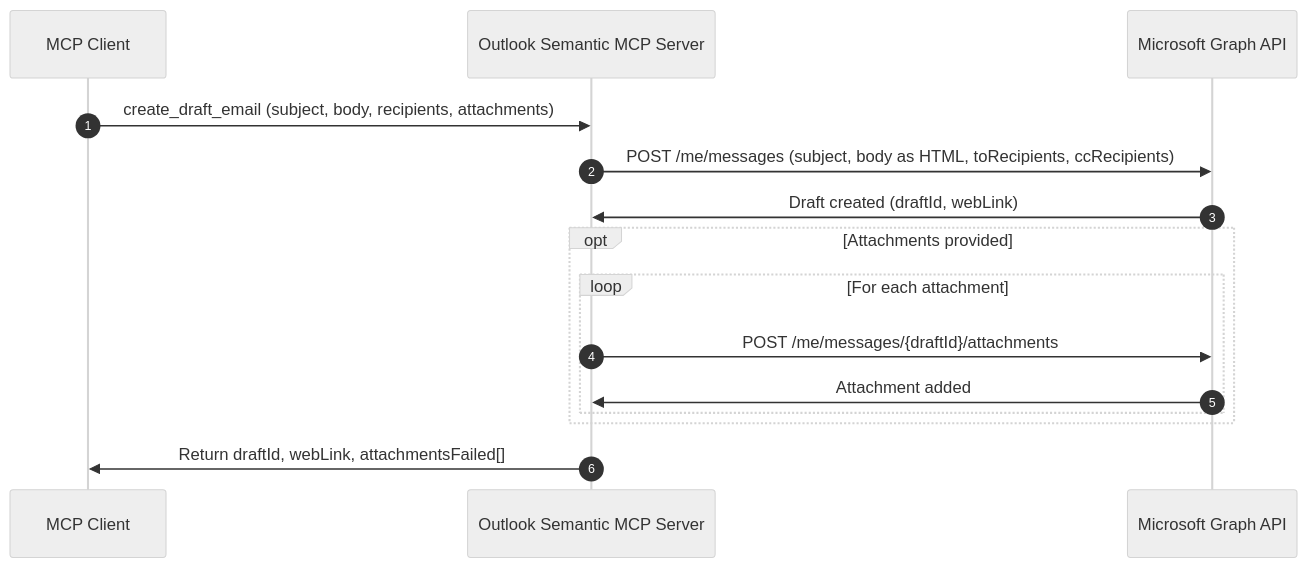
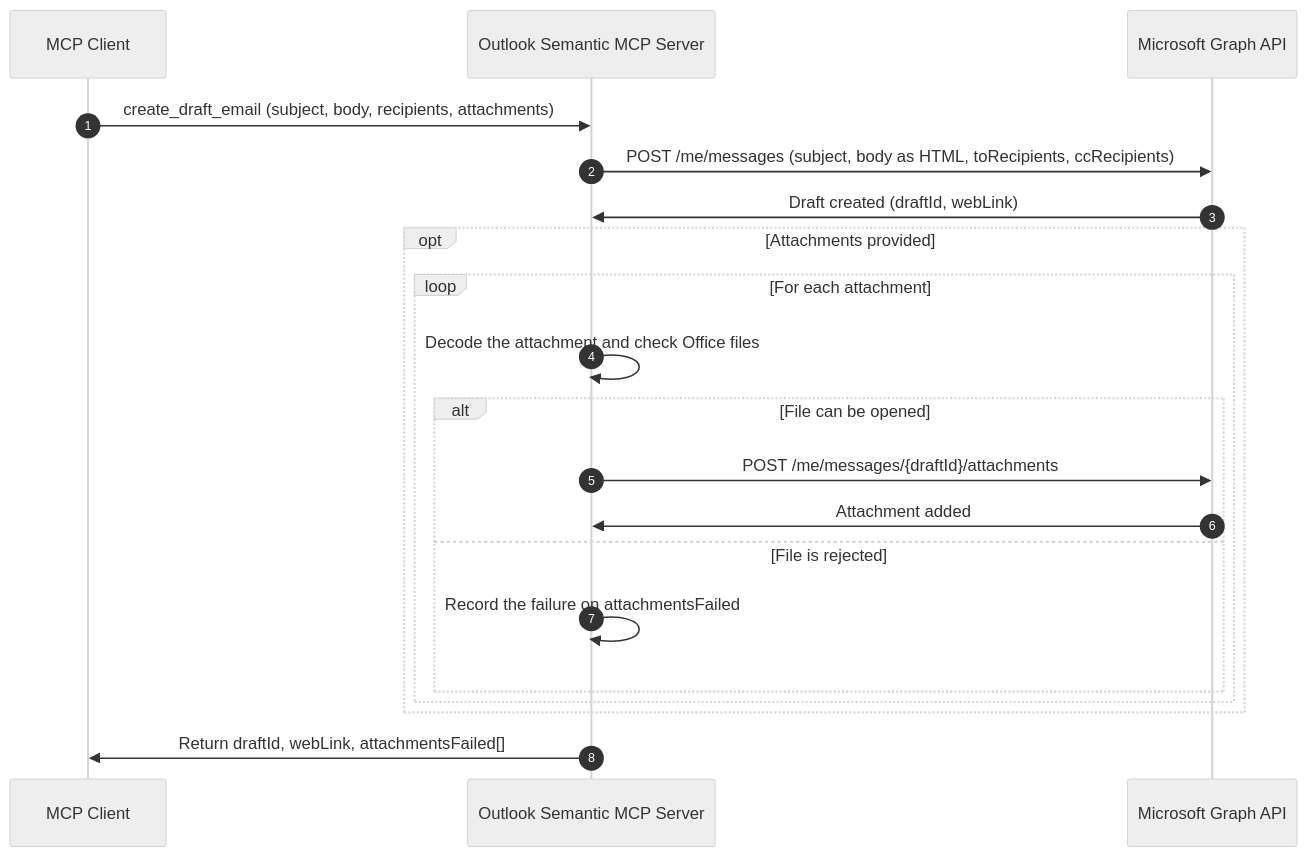
One commit to Unique-AG/connectors changed the fifth of 5 diagrams in services/outlook-semantic-mcp/docs/technical/flows.md. Above: the diagram before and after it, drawn with Mermaid. The commit also changed other lines of this file and 2 other files, not shown here.

Commit message:
fix(outlook-semantic-mcp): decode percent-encoded attachment octets [UN-27880]
decodeURIComponent rejects octets that are not UTF-8, so a percent-encoded Office file never reached the zip check. Decode each %HH as a byte. A truncated escape still throws URIError.

````diff
--- a/services/outlook-semantic-mcp/docs/technical/flows.md
+++ b/services/outlook-semantic-mcp/docs/technical/flows.md
@@ -238,21 +238,26 @@
 ```mermaid
 %%{init: {'theme': 'neutral', 'themeVariables': { 'fontSize': '14px' }}}%%
 sequenceDiagram
     autonumber
     participant MCPClient as MCP Client
     participant OutlookMCP as Outlook Semantic MCP Server
     participant MSGraph as Microsoft Graph API
 
     MCPClient->>OutlookMCP: create_draft_email (subject, body, recipients, attachments)
     OutlookMCP->>MSGraph: POST /me/messages (subject, body as HTML, toRecipients, ccRecipients)
     MSGraph->>OutlookMCP: Draft created (draftId, webLink)
 
     opt Attachments provided
         loop For each attachment
-            OutlookMCP->>MSGraph: POST /me/messages/{draftId}/attachments
-            MSGraph->>OutlookMCP: Attachment added
+            OutlookMCP->>OutlookMCP: Decode the attachment and check Office files
+            alt File can be opened
+                OutlookMCP->>MSGraph: POST /me/messages/{draftId}/attachments
+                MSGraph->>OutlookMCP: Attachment added
+            else File is rejected
+                OutlookMCP->>OutlookMCP: Record the failure on attachmentsFailed
+            end
         end
     end
 
     OutlookMCP->>MCPClient: Return draftId, webLink, attachmentsFailed[]
 ```
````
